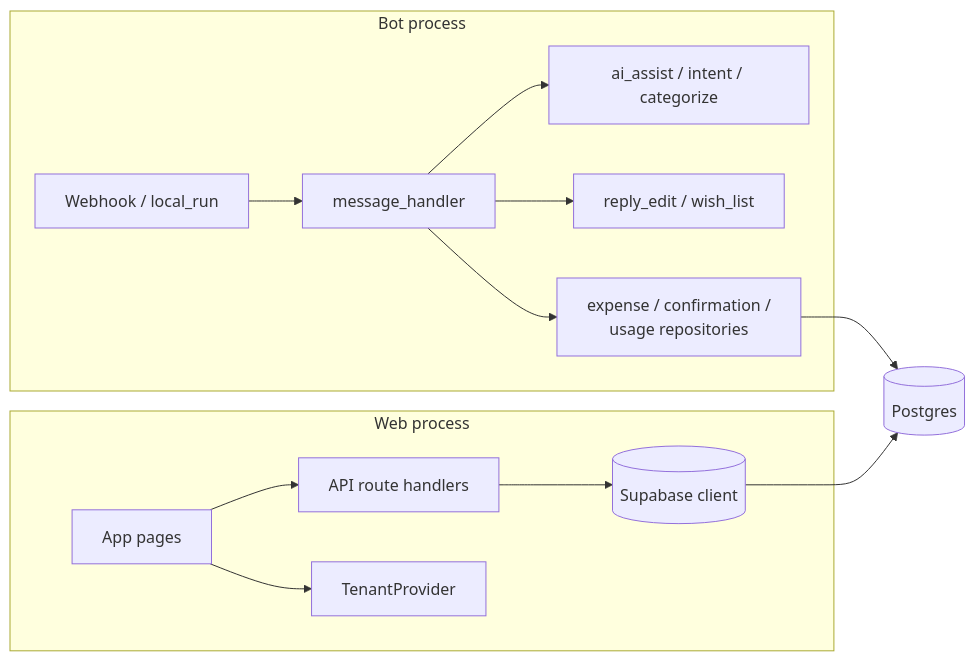
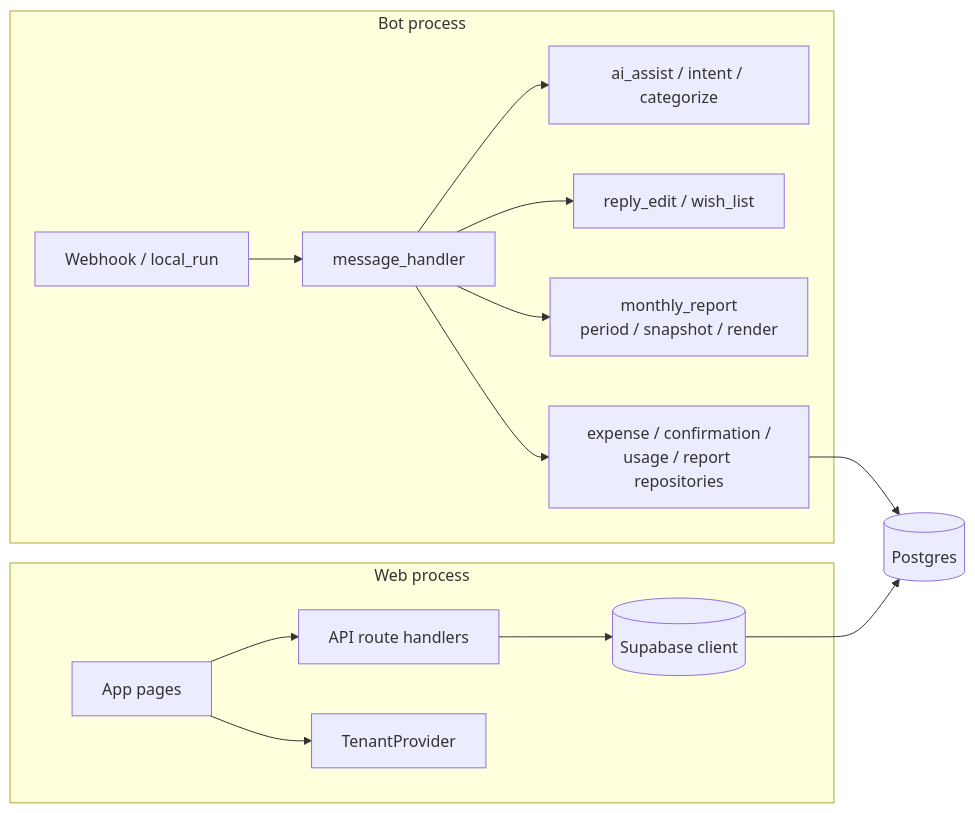
One commit to yangxb8/linebot-money-tracker changed the second of 8 diagrams in docs/ARCHITECTURE.md. Above: the diagram before and after it, drawn with Mermaid. The commit also changed other lines of this file and 33 other files, not shown here.

First line of the commit message:
[Implement] Monthly expense report (lazy budget-vs-actual image) (#109)

````diff
--- a/docs/ARCHITECTURE.md
+++ b/docs/ARCHITECTURE.md
@@ -111,26 +114,28 @@
 ```mermaid
 flowchart LR
   subgraph BotRuntime["Bot process"]
     WH[Webhook / local_run]
     MH[message_handler]
     AI[ai_assist / intent / categorize]
     RE[reply_edit / wish_list]
-    REPO[expense / confirmation /\nusage repositories]
+    MR[monthly_report\nperiod / snapshot / render]
+    REPO[expense / confirmation /\nusage / report repositories]
     WH --> MH
     MH --> AI
     MH --> RE
+    MH --> MR
     MH --> REPO
   end
 
   subgraph WebRuntime["Web process"]
     UI[App pages]
     RH[API route handlers]
     TEN[TenantProvider]
     UI --> RH
     UI --> TEN
     RH --> SB[(Supabase client)]
   end
 
   REPO --> DB[(Postgres)]
   SB --> DB
 ```
````
